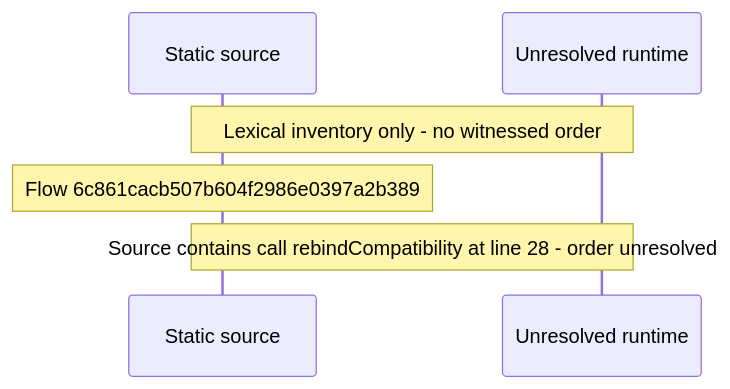
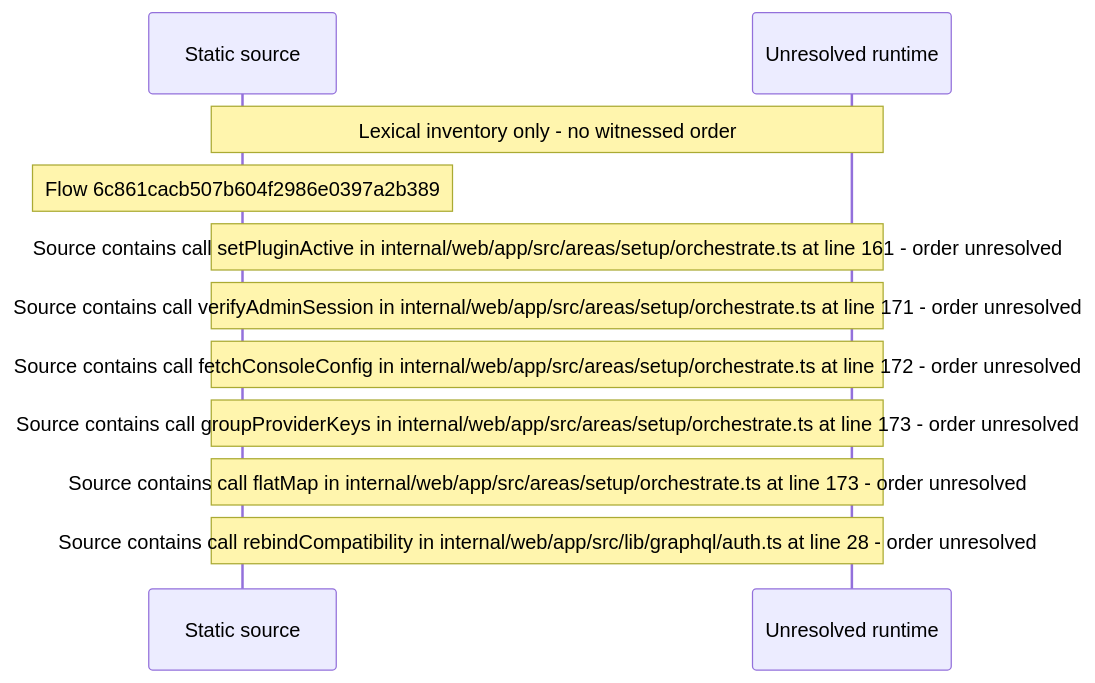
One commit to beamfall/core changed the diagram in docs/web/flows/generated/6c861cacb507b604f2986e0397a2b389/flow-diagram.md. Above: the diagram before and after it, drawn with Mermaid. The commit also changed other lines of this file and 699 other files, not shown here.

Commit message:
Regenerate the web flow record with flow generator version 5

````diff
--- a/docs/web/flows/generated/6c861cacb507b604f2986e0397a2b389/flow-diagram.md
+++ b/docs/web/flows/generated/6c861cacb507b604f2986e0397a2b389/flow-diagram.md
@@ -10,8 +10,13 @@
 ```mermaid
 sequenceDiagram
     participant S as Static source
     participant U as Unresolved runtime
     Note over S,U: Lexical inventory only - no witnessed order
     Note over S: Flow 6c861cacb507b604f2986e0397a2b389
-    Note over S,U: Source contains call rebindCompatibility at line 28 - order unresolved
+    Note over S,U: Source contains call setPluginActive in internal/web/app/src/areas/setup/orchestrate.ts at line 161 - order unresolved
+    Note over S,U: Source contains call verifyAdminSession in internal/web/app/src/areas/setup/orchestrate.ts at line 171 - order unresolved
+    Note over S,U: Source contains call fetchConsoleConfig in internal/web/app/src/areas/setup/orchestrate.ts at line 172 - order unresolved
+    Note over S,U: Source contains call groupProviderKeys in internal/web/app/src/areas/setup/orchestrate.ts at line 173 - order unresolved
+    Note over S,U: Source contains call flatMap in internal/web/app/src/areas/setup/orchestrate.ts at line 173 - order unresolved
+    Note over S,U: Source contains call rebindCompatibility in internal/web/app/src/lib/graphql/auth.ts at line 28 - order unresolved
 ```
````
